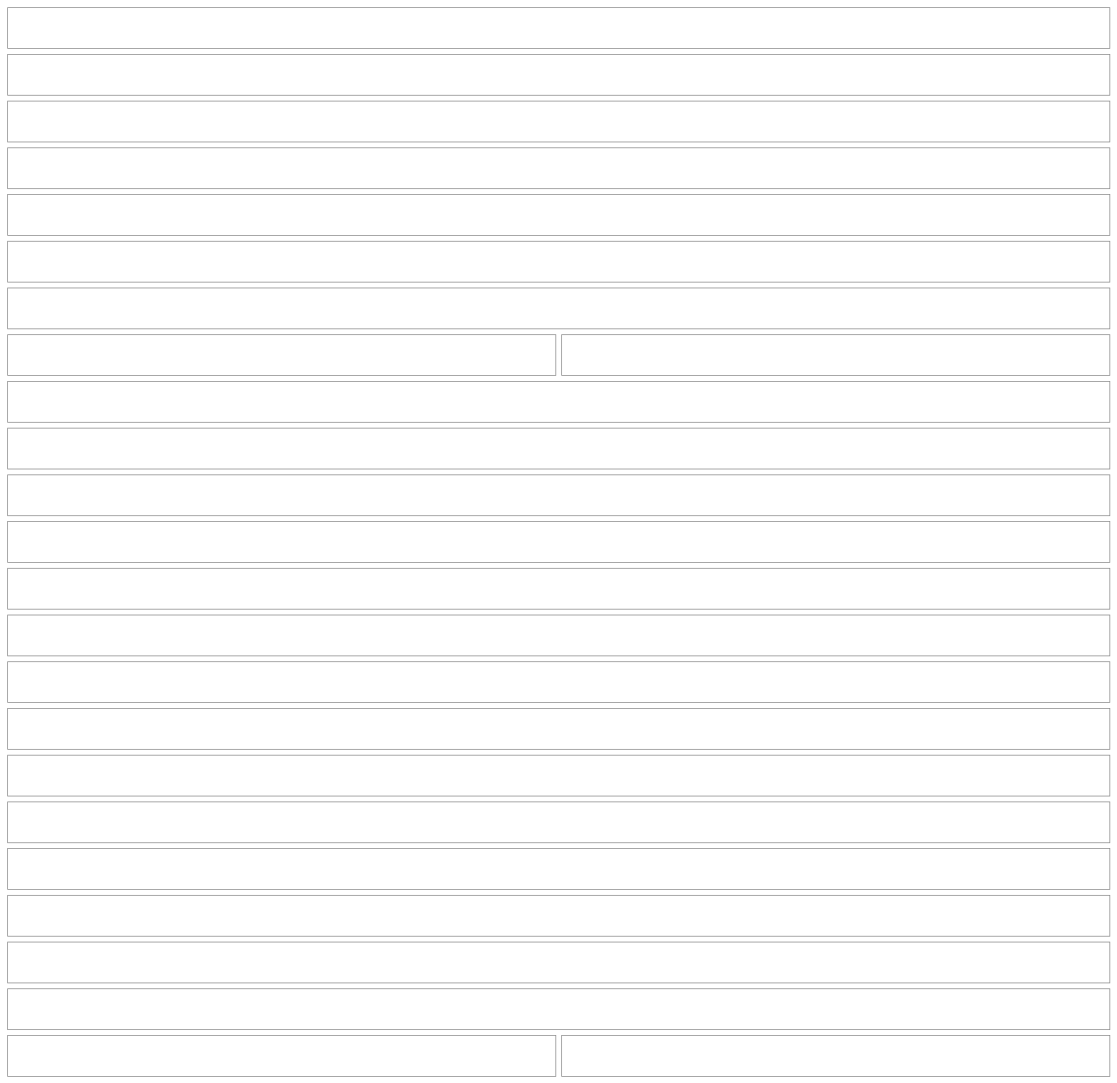
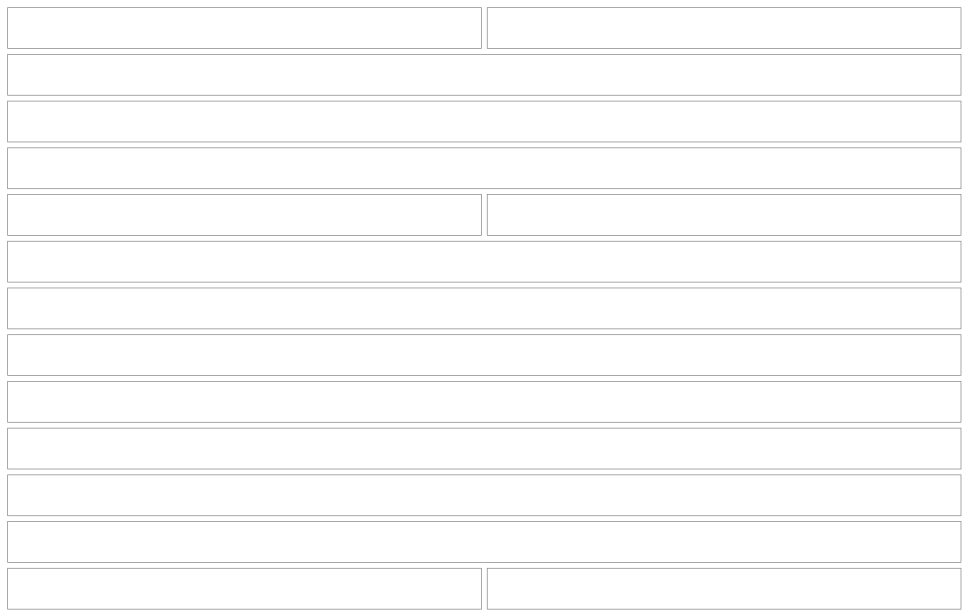
Diagram 20 of 54 in src/apps/pinch/UX.md (NovaMoonX/moondreams-dev-apps), drawn with Mermaid before and after one commit. The commit also changed other lines of this file and 4 other files, not shown here.

````diff
--- a/src/apps/pinch/UX.md
+++ b/src/apps/pinch/UX.md
@@ -663,55 +667,37 @@
 ```mermaid
 %%{init: {'theme': 'base', 'themeVariables': {'primaryColor': 'transparent', 'primaryBorderColor': '#888888', 'primaryTextColor': '#333333', 'lineColor': '#888888'}}}%%
 block-beta
   columns 2
-  T1["Adobo chicken"]:2
-  T1a["From Serious Eats  (a quiet underlined link under the title; shows the recipes from there)"]:2
-  T1b["Sticky, tangy chicken thighs braised in soy and vinegar. (two lines, More)"]:2
+  T1["Adobo chicken"]:1
+  T1a["📖  🕘  (40px icons on the title's line: Where it's from, only with a source; Notes and history)"]:1
+  T1b["🖼️ (a 64px photo, only with a cover; opens it in place)  Sticky, tangy chicken thighs braised in soy and vinegar. (two lines, More)"]:2
   T2["4 servings · 45 min · $3.20+ per serving ⚠  (the cost only once something is priced)"]:2
-  T3["✅ Cooked 3 times, last Oct 12 ›  ·  🥛 5 servings in the fridge [Eat by tomorrow] / ❄️ 5 servings in the freezer ›  ·  📝 Last time: double the garlic… ›  (one tinted block, a row each, only when there is something in it)"]:2
-  T3d["Plan it / Start cooking · I cooked this · Shopping list · Put away (chips)"]:2
   T7["INGREDIENTS (a count only past ten)"]:2
   T8["Chicken thighs<br/>No price yet (only in a partly priced recipe)"]:1
   T9["2 lb"]:1
-  T4["$12.80 so far · Cost · For 4 servings (no tile while nothing is priced)"]:2
-  T5["Per serving 🔥 495 · 💪 61g (when on)"]:2
   T6["Lime juice and 3 more need a price · Add prices   Not now"]:2
   T10["STEPS"]:2
   T11["1. Marinate the chicken…"]:2
   C1["KEEPING IT (only when there is something to say)"]:2
-  C2["🥛 Keeps 3 days in the fridge · ❄️ Keeps 3 months in the freezer"]:2
-  C3["♨️ Reheat: warm it in a covered pan… · 💡 the tip, in your words"]:2
-  N1["NOTES (a count only past ten or while some are folded)"]:2
-  N2["Add a note · Something to remember next time"]:2
-  N3["Oct 11 · Edit · After cooking on Oct 11 · Much better with less vinegar… (More) · Apply to the recipe"]:2
-  N4["Changed on Oct 6 · Tweak · Edit · You changed: White vinegar 0.5 → 0.25 cup · the why"]:2
-  N5["Sep 30 · Edit · Mom says a splash of… · Written before your Oct 6 tweak"]:2
-  N6["Show 7 more (past five entries, when more than three would hide)"]:2
-  T12["Modify"]:1
+  C2["🥛 Keeps 3 days in the fridge · ❄️ Keeps 3 months in the freezer · ♨️ Reheat… · 💡 the tip"]:2
+  T4["$12.80 so far · Cost · For 4 servings (no tile while nothing is priced)"]:2
+  T5["Per serving 🔥 495 · 💪 61g (when on)"]:2
+  T12["Modify  ⋯"]:1
   T13["Plan it (Start cooking when it is on today's plan)"]:1
   style T1 fill:transparent,stroke:#888888,stroke-width:1px;
   style T1a fill:transparent,stroke:#888888,stroke-width:1px;
   style T1b fill:transparent,stroke:#888888,stroke-width:1px;
   style T2 fill:transparent,stroke:#888888,stroke-width:1px;
-  style T3 fill:transparent,stroke:#888888,stroke-width:1px;
-  style T3d fill:transparent,stroke:#888888,stroke-width:1px;
   style T4 fill:transparent,stroke:#888888,stroke-width:1px;
   style T5 fill:transparent,stroke:#888888,stroke-width:1px;
   style T6 fill:transparent,stroke:#888888,stroke-width:1px;
   style T7 fill:transparent,stroke:#888888,stroke-width:1px;
   style T8 fill:transparent,stroke:#888888,stroke-width:1px;
   style T9 fill:transparent,stroke:#888888,stroke-width:1px;
   style T10 fill:transparent,stroke:#888888,stroke-width:1px;
   style T11 fill:transparent,stroke:#888888,stroke-width:1px;
   style C1 fill:transparent,stroke:#888888,stroke-width:1px;
   style C2 fill:transparent,stroke:#888888,stroke-width:1px;
-  style C3 fill:transparent,stroke:#888888,stroke-width:1px;
   style T12 fill:transparent,stroke:#888888,stroke-width:1px;
   style T13 fill:transparent,stroke:#888888,stroke-width:1px;
-  style N1 fill:transparent,stroke:#888888,stroke-width:1px;
-  style N2 fill:transparent,stroke:#888888,stroke-width:1px;
-  style N3 fill:transparent,stroke:#888888,stroke-width:1px;
-  style N4 fill:transparent,stroke:#888888,stroke-width:1px;
-  style N5 fill:transparent,stroke:#888888,stroke-width:1px;
-  style N6 fill:transparent,stroke:#888888,stroke-width:1px;
 ```
````
